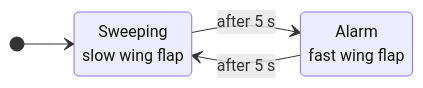
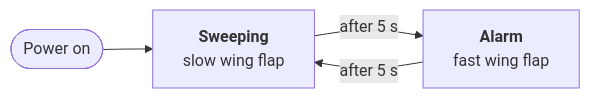
The fourth of 4 diagrams in README.md (SebastiaanVryens/bench-watcher), drawn with Mermaid before and after one commit. The commit also changed other lines of this file, not shown here.

````diff
--- a/README.md
+++ b/README.md
@@ -102,10 +102,9 @@
 ```mermaid
-stateDiagram-v2
-    direction LR
-    [*] --> Sweeping
-    Sweeping --> Alarm : after 5 s
-    Alarm --> Sweeping : after 5 s
-
-    Sweeping : Sweeping<br/>slow wing flap
-    Alarm : Alarm<br/>fast wing flap
+%%{init: {"flowchart": {"wrappingWidth": 400}}}%%
+flowchart LR
+    on([Power on]) --> Sw
+    Sw["<b>Sweeping</b><br/>slow wing flap"]
+    A["<b>Alarm</b><br/>fast wing flap"]
+    Sw -- after 5 s --> A
+    A -- after 5 s --> Sw
 ```
````
